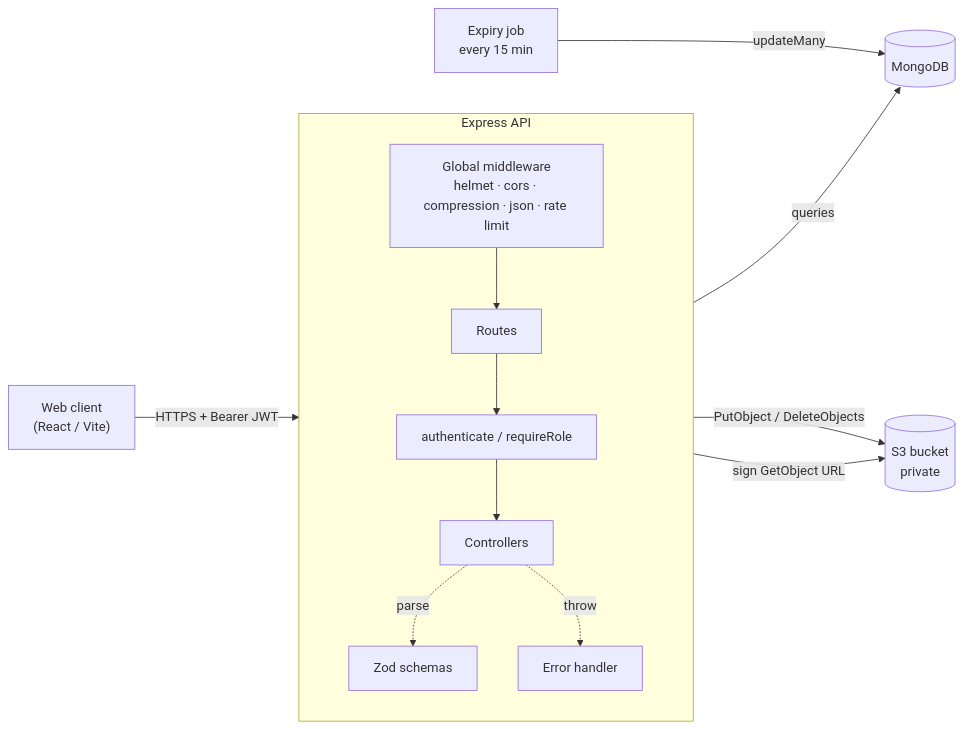
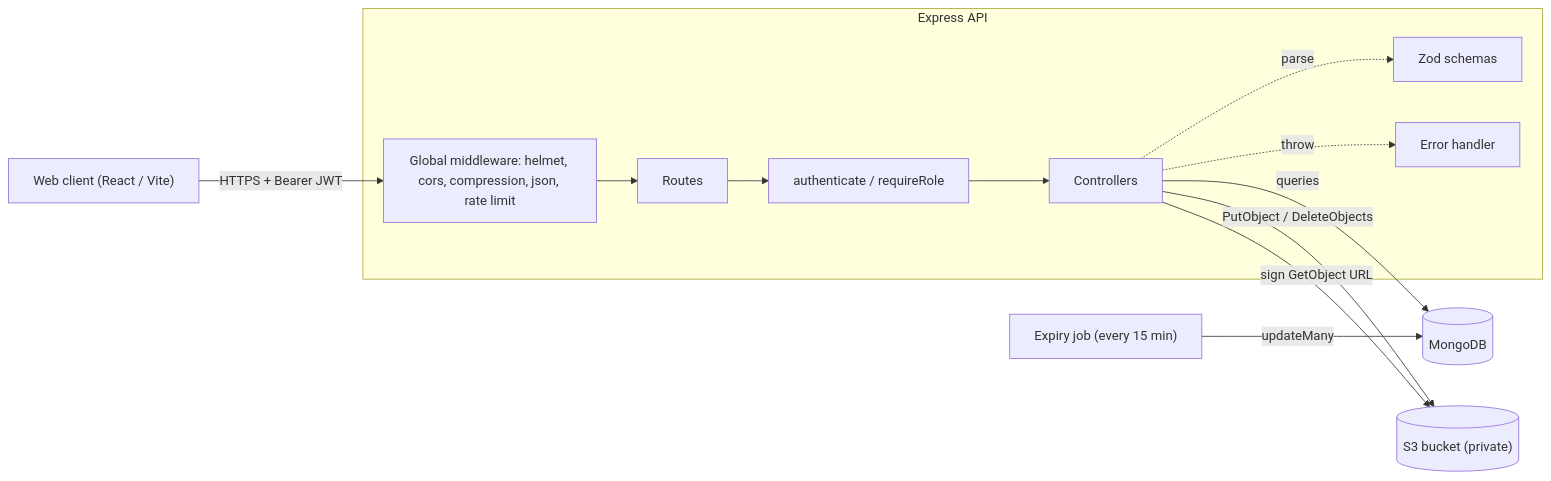
One commit to Pcharlesme/StoreBackend changed the first of 3 diagrams in README.md. Above: the diagram before and after it, drawn with Mermaid. The commit also changed other lines of this file, not shown here.

Commit message:
docs: improve project setup and architecture guide

````diff
--- a/README.md
+++ b/README.md
@@ -42,22 +42,25 @@
 ```mermaid
 flowchart LR
-    Client["Web client<br/>(React / Vite)"] -->|HTTPS + Bearer JWT| API
+    Client["Web client (React / Vite)"]
+    DB[("MongoDB")]
+    S3[("S3 bucket (private)")]
+    Cron["Expiry job (every 15 min)"]
 
     subgraph API["Express API"]
-        direction TB
-        MW["Global middleware<br/>helmet · cors · compression · json · rate limit"]
+        MW["Global middleware: helmet, cors, compression, json, rate limit"]
         R["Routes"]
         A["authenticate / requireRole"]
         V["Zod schemas"]
         C["Controllers"]
         E["Error handler"]
         MW --> R --> A --> C
-        C -. parse .-> V
-        C -. throw .-> E
+        C -.->|parse| V
+        C -.->|throw| E
     end
 
-    C -->|queries| DB[(MongoDB)]
-    C -->|PutObject / DeleteObjects| S3[(S3 bucket<br/>private)]
-    C -->|sign GetObject URL| S3
-    Cron["Expiry job<br/>every 15 min"] -->|updateMany| DB
+    Client -->|"HTTPS + Bearer JWT"| MW
+    C -->|queries| DB
+    C -->|"PutObject / DeleteObjects"| S3
+    C -->|"sign GetObject URL"| S3
+    Cron -->|updateMany| DB
 ```
````
